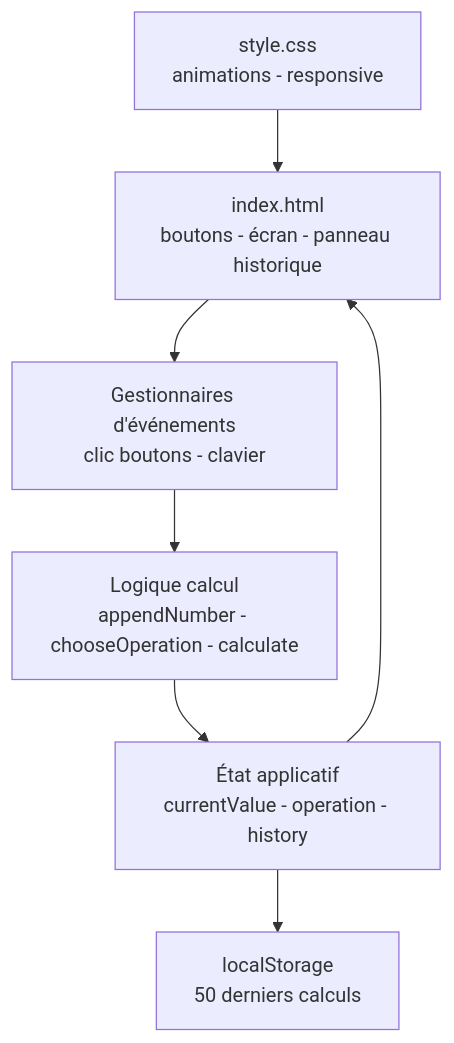
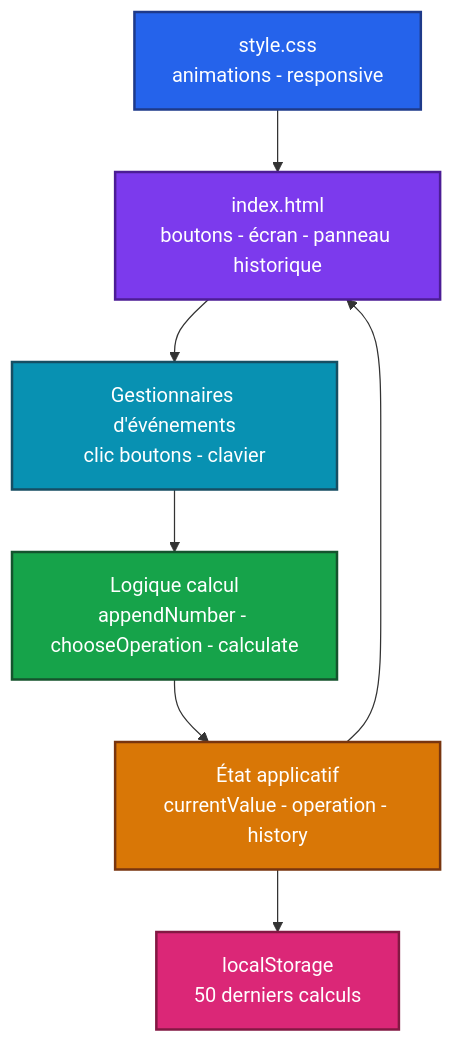
The diagram in README.md (Adam-Blf/Calculator-JS), drawn with Mermaid before and after one commit.

Commit message:
docs: add colors to mermaid diagrams (#3)
Each node gets a palette class (by subgraph or by flow depth), subgraphs are tinted, non-flowchart diagrams use a colored base theme. Validated by rendering every diagram before and after.

````diff
--- a/README.md
+++ b/README.md
@@ -19,16 +19,29 @@
 ```mermaid
 flowchart TB
     HTML["index.html<br/>boutons - écran - panneau historique"]
     Events["Gestionnaires d'événements<br/>clic boutons - clavier"]
     Logic["Logique calcul<br/>appendNumber - chooseOperation - calculate"]
     State["État applicatif<br/>currentValue - operation - history"]
     Storage["localStorage<br/>50 derniers calculs"]
     Style["style.css<br/>animations - responsive"]
 
     HTML --> Events
     Events --> Logic
     Logic --> State
     State --> Storage
     State --> HTML
     Style --> HTML
+
+    classDef c0 fill:#2563eb,stroke:#1e3a8a,stroke-width:2px,color:#ffffff
+    classDef c1 fill:#7c3aed,stroke:#4c1d95,stroke-width:2px,color:#ffffff
+    classDef c2 fill:#0891b2,stroke:#164e63,stroke-width:2px,color:#ffffff
+    classDef c3 fill:#16a34a,stroke:#14532d,stroke-width:2px,color:#ffffff
+    classDef c4 fill:#d97706,stroke:#78350f,stroke-width:2px,color:#ffffff
+    classDef c5 fill:#db2777,stroke:#831843,stroke-width:2px,color:#ffffff
+    class Style c0
+    class HTML c1
+    class Events c2
+    class Logic c3
+    class State c4
+    class Storage c5
 ```
````
